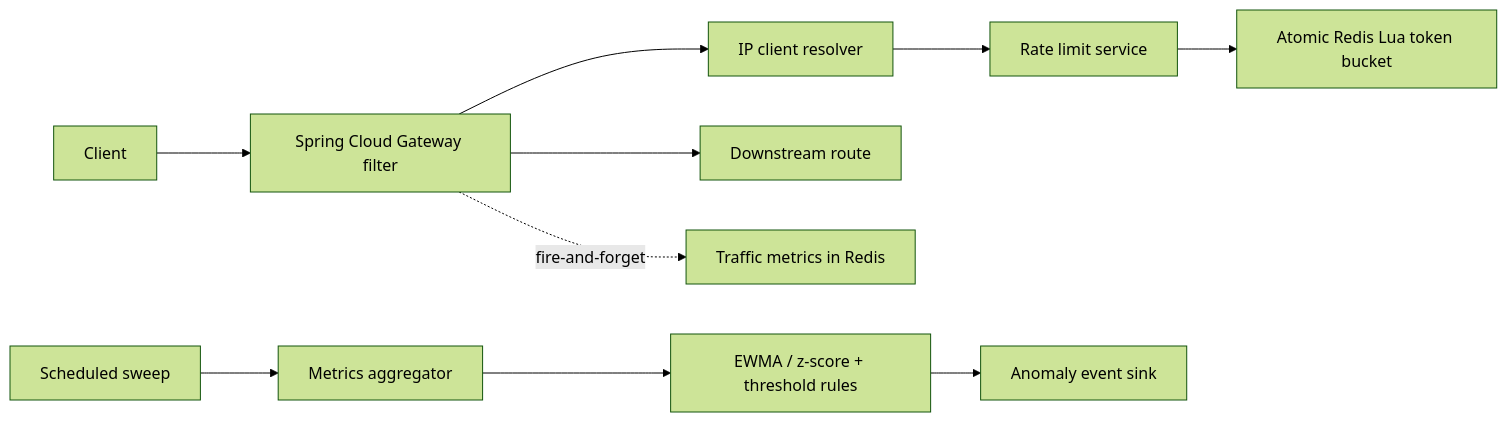
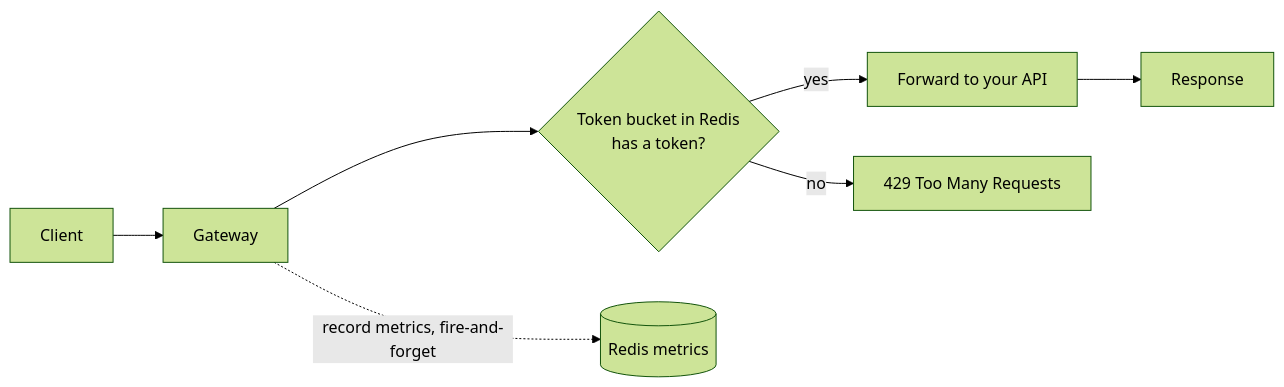
One commit to Ka4tik3y/rate-gaurd changed the first of 2 diagrams in README.md. Above: the diagram before and after it, drawn with Mermaid (forest theme). The commit also changed other lines of this file and 92 other files, not shown here.

````diff
--- a/README.md
+++ b/README.md
@@ -12,12 +80,8 @@
 ```mermaid
 flowchart LR
-  C[Client] --> G[Spring Cloud Gateway filter]
-  G --> I[IP client resolver]
-  I --> S[Rate limit service]
-  S --> L[Atomic Redis Lua token bucket]
-  G --> D[Downstream route]
-  G -. fire-and-forget .-> M[Traffic metrics in Redis]
-  SCHED[Scheduled sweep] --> AGG[Metrics aggregator]
-  AGG --> DET[EWMA / z-score + threshold rules]
-  DET --> SINK[Anomaly event sink]
+  C[Client] --> G[Gateway]
+  G --> L{Token bucket in Redis\nhas a token?}
+  L -- yes --> D[Forward to your API] --> R1[Response]
+  L -- no --> R2[429 Too Many Requests]
+  G -. record metrics, fire-and-forget .-> M[(Redis metrics)]
 ```
````
